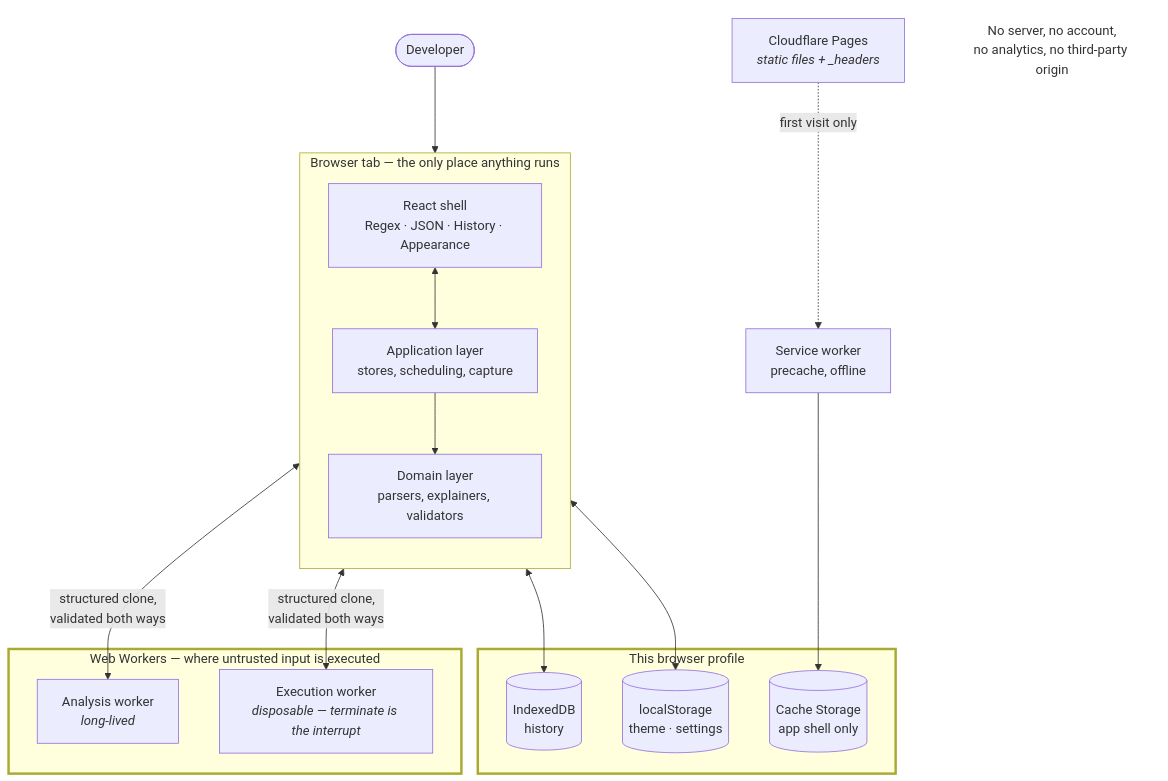
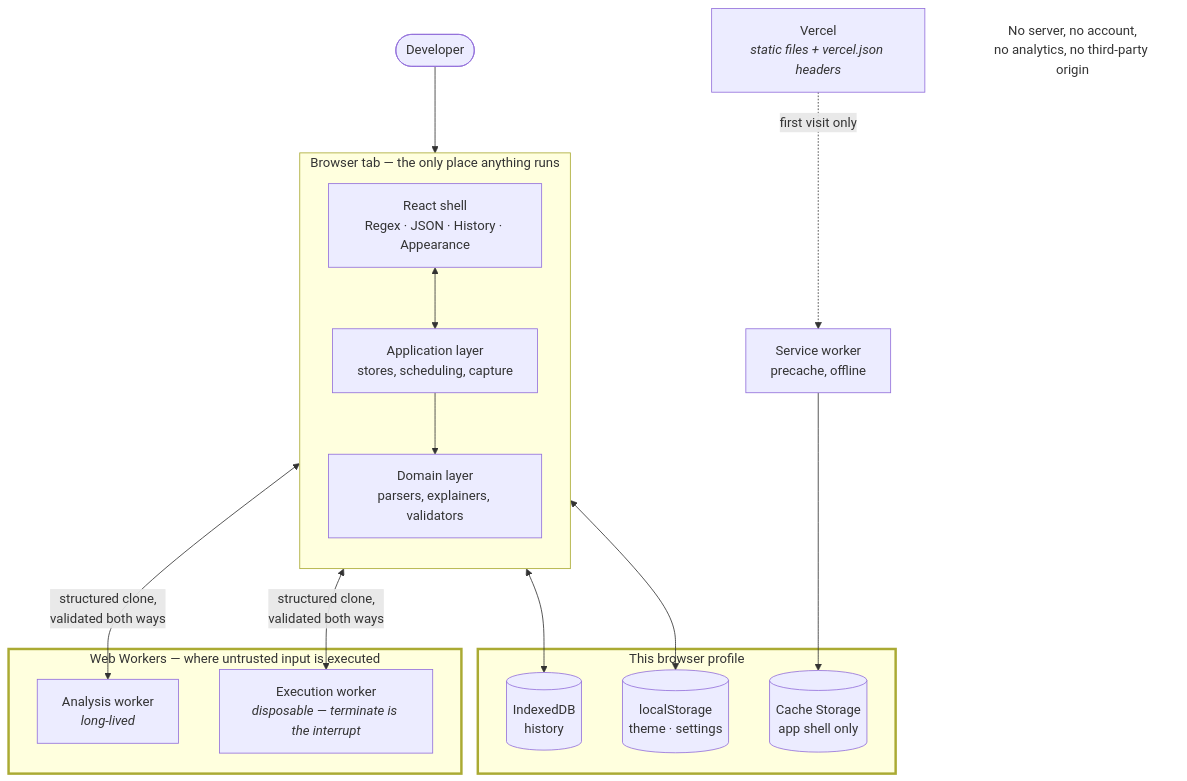
Diagram 15 of 16 in docs/02_ARCHITECTURE.md (theunknown107/syntaxlab), drawn with Mermaid before and after one commit. The commit also changed other lines of this file and 7 other files, not shown here.

````diff
--- a/docs/02_ARCHITECTURE.md
+++ b/docs/02_ARCHITECTURE.md
@@ -862,42 +865,42 @@
 ```mermaid
 flowchart TB
     User(["Developer"])
 
     subgraph Tab["Browser tab — the only place anything runs"]
         direction TB
         UI["React shell<br/>Regex · JSON · History · Appearance"]
         APP["Application layer<br/>stores, scheduling, capture"]
         DOM["Domain layer<br/>parsers, explainers, validators"]
     end
 
     subgraph Threads["Web Workers — where untrusted input is executed"]
         AW["Analysis worker<br/><i>long-lived</i>"]
         EW["Execution worker<br/><i>disposable — terminate is the interrupt</i>"]
     end
 
     subgraph Local["This browser profile"]
         IDB[("IndexedDB<br/>history")]
         LS[("localStorage<br/>theme · settings")]
         CS[("Cache Storage<br/>app shell only")]
     end
 
     SW["Service worker<br/>precache, offline"]
-    CDN["Cloudflare Pages<br/><i>static files + _headers</i>"]
+    CDN["Vercel<br/><i>static files + vercel.json headers</i>"]
 
     User --> UI
     UI <--> APP
     APP --> DOM
     APP <-->|"structured clone,<br/>validated both ways"| AW
     APP <-->|"structured clone,<br/>validated both ways"| EW
     APP <--> IDB
     APP <--> LS
     SW --> CS
     CDN -.->|"first visit only"| SW
 
     NOSERVER["No server, no account,<br/>no analytics, no third-party origin"]
 
     classDef boundary stroke-width:3px
     classDef note fill:none,stroke:none
     class Threads,Local boundary
     class NOSERVER note
 ```
````
